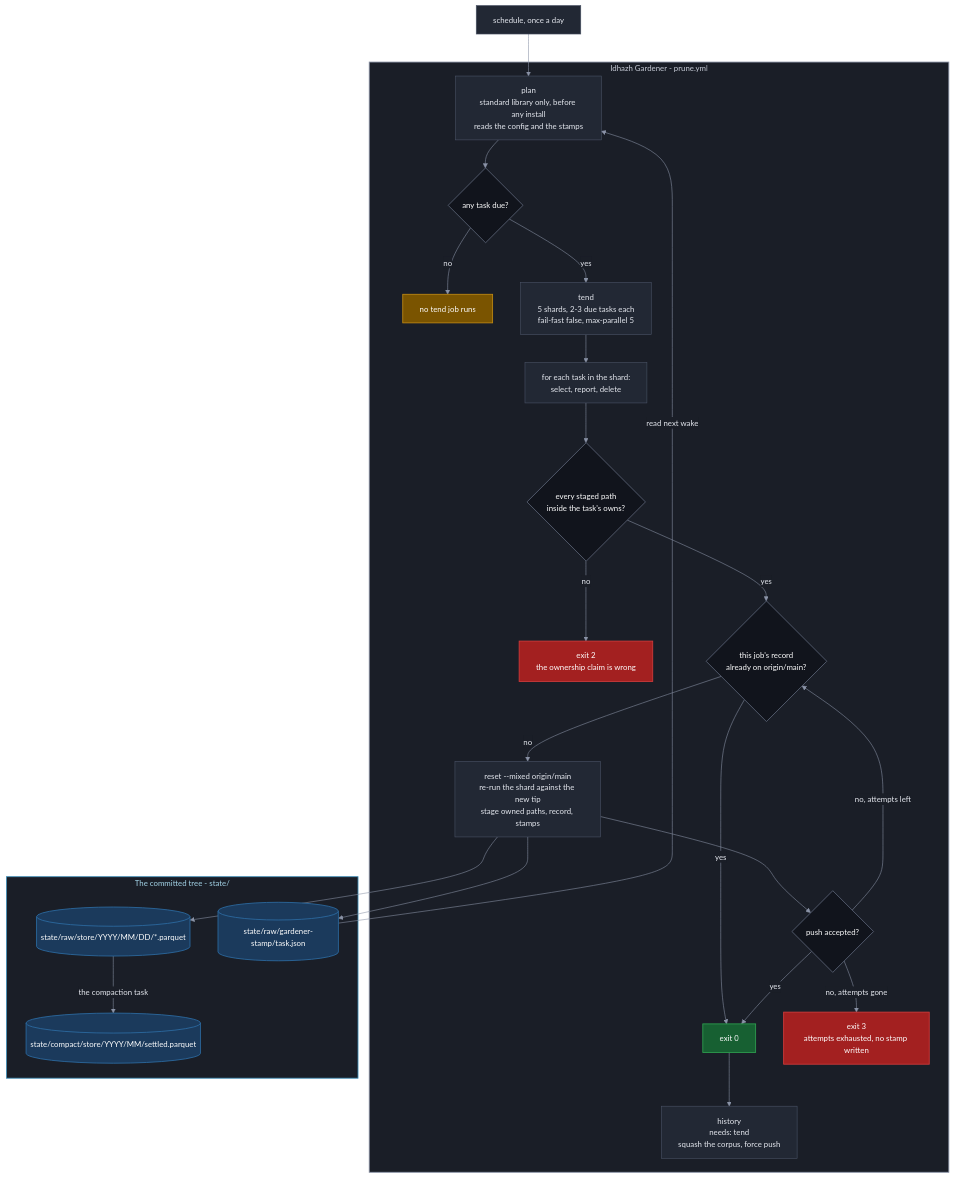
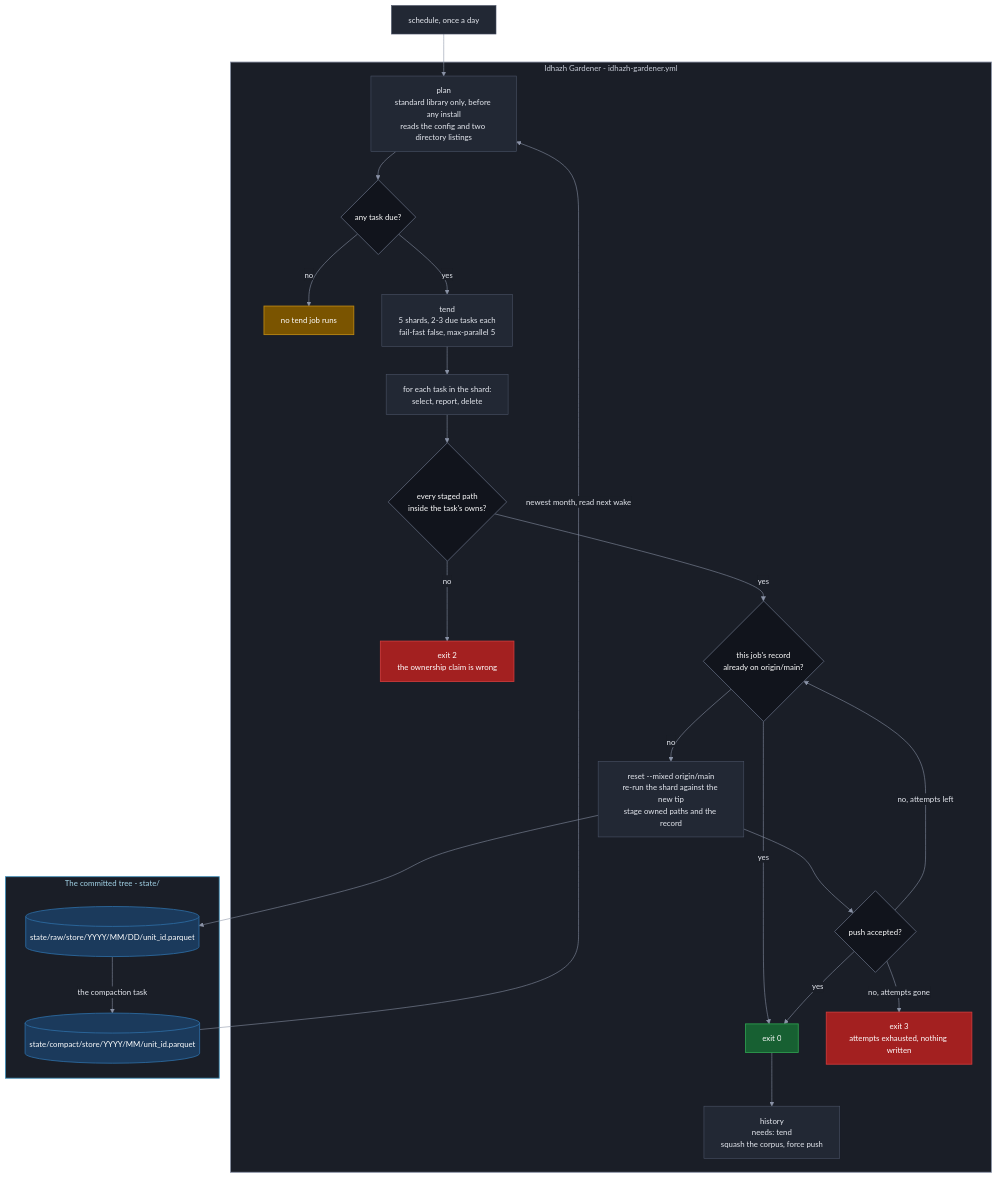
The diagram in TODO/20260924-50-idhazh-gardener-plan.md (miztiik/yen-idhazh), drawn with Mermaid before and after one commit. The commit also changed other lines of this file, not shown here.

First line of the commit message:
Plan 50: the stamp store is deleted, not sharded

````diff
--- a/TODO/20260924-50-idhazh-gardener-plan.md
+++ b/TODO/20260924-50-idhazh-gardener-plan.md
@@ -78,65 +76,63 @@
 ```mermaid
 %%{init: {"theme": "base", "themeVariables": {"background": "#0f1117", "primaryColor": "#222834", "primaryTextColor": "#e6e9f0", "primaryBorderColor": "#4b5468", "lineColor": "#8b93a7", "textColor": "#e6e9f0", "clusterBkg": "#1a1e27", "clusterBorder": "#3a4254", "titleColor": "#e6e9f0", "edgeLabelBackground": "#1a1e27", "fontSize": "14px"}}}%%
 flowchart TB
   CRON["schedule, once a day"]
 
-  subgraph OPS["Idhazh Gardener - prune.yml"]
-    PLAN["plan<br/>standard library only, before any install<br/>reads the config and the stamps"]
+  subgraph OPS["Idhazh Gardener - idhazh-gardener.yml"]
+    PLAN["plan<br/>standard library only, before any install<br/>reads the config and two directory listings"]
     ANY{"any task due?"}
     IDLE["no tend job runs"]
     TEND["tend<br/>5 shards, 2-3 due tasks each<br/>fail-fast false, max-parallel 5"]
     RUN["for each task in the shard:<br/>select, report, delete"]
     OWNED{"every staged path<br/>inside the task's owns?"}
     OUTSIDE["exit 2<br/>the ownership claim is wrong"]
     LANDED{"this job's record<br/>already on origin/main?"}
-    REAPPLY["reset --mixed origin/main<br/>re-run the shard against the new tip<br/>stage owned paths, record, stamps"]
+    REAPPLY["reset --mixed origin/main<br/>re-run the shard against the new tip<br/>stage owned paths and the record"]
     PUSHED{"push accepted?"}
     OK["exit 0"]
-    LOST["exit 3<br/>attempts exhausted, no stamp written"]
+    LOST["exit 3<br/>attempts exhausted, nothing written"]
     HIST["history<br/>needs: tend<br/>squash the corpus, force push"]
   end
 
   subgraph TREE["The committed tree - state/"]
-    RAW[("state/raw/store/YYYY/MM/DD/*.parquet")]
-    STAMP[("state/raw/gardener-stamp/task.json")]
-    COMPACT[("state/compact/store/YYYY/MM/settled.parquet")]
+    RAW[("state/raw/store/YYYY/MM/DD/unit_id.parquet")]
+    COMPACT[("state/compact/store/YYYY/MM/unit_id.parquet")]
   end
 
   CRON --> PLAN
   PLAN --> ANY
   ANY -->|"no"| IDLE
   ANY -->|"yes"| TEND
   TEND --> RUN
   RUN --> OWNED
   OWNED -->|"no"| OUTSIDE
   OWNED -->|"yes"| LANDED
   LANDED -->|"yes"| OK
   LANDED -->|"no"| REAPPLY
   REAPPLY --> RAW
-  REAPPLY --> STAMP
   REAPPLY --> PUSHED
   PUSHED -->|"yes"| OK
   PUSHED -->|"no, attempts left"| LANDED
   PUSHED -->|"no, attempts gone"| LOST
   OK --> HIST
-  STAMP -->|"read next wake"| PLAN
+  COMPACT -->|"newest month, read next wake"| PLAN
   RAW -->|"the compaction task"| COMPACT
 
   classDef stage fill:#222834,stroke:#4b5468,stroke-width:1px,color:#e6e9f0;
   classDef decision fill:#11141c,stroke:#5b6477,stroke-width:1.5px,color:#ffffff;
   classDef yes fill:#176032,stroke:#2ea04f,stroke-width:1.5px,color:#ffffff;
   classDef no fill:#a32020,stroke:#d23b3b,stroke-width:1.5px,color:#ffffff;
   classDef warn fill:#7a5400,stroke:#c08a12,stroke-width:1.5px,color:#ffffff;
   classDef store fill:#1b3a5c,stroke:#2d6ca3,stroke-width:1.5px,color:#ffffff;
   classDef sysOps fill:#1a1e27,stroke:#8b93a7,stroke-width:1.5px,color:#c8cdd8;
   classDef sysPublish fill:#1a1e27,stroke:#3f8fb8,stroke-width:1.5px,color:#a5d6ea;
 
   class CRON,PLAN,TEND,RUN,REAPPLY,HIST stage;
   class ANY,OWNED,LANDED,PUSHED decision;
   class OK yes;
   class OUTSIDE,LOST no;
   class IDLE warn;
-  class RAW,STAMP,COMPACT store;
+  class RAW,COMPACT store;
   class OPS sysOps;
   class TREE sysPublish;
 ```
````
